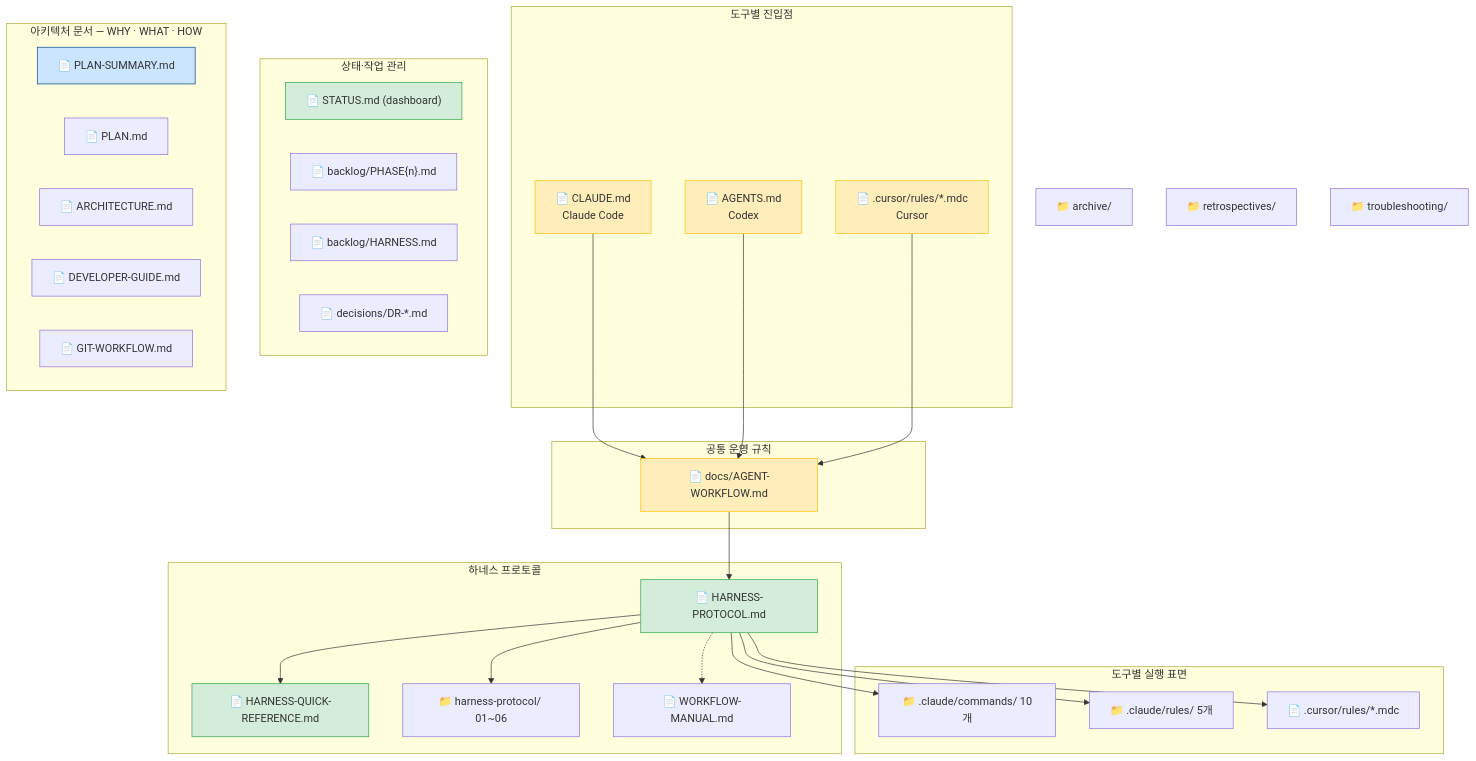
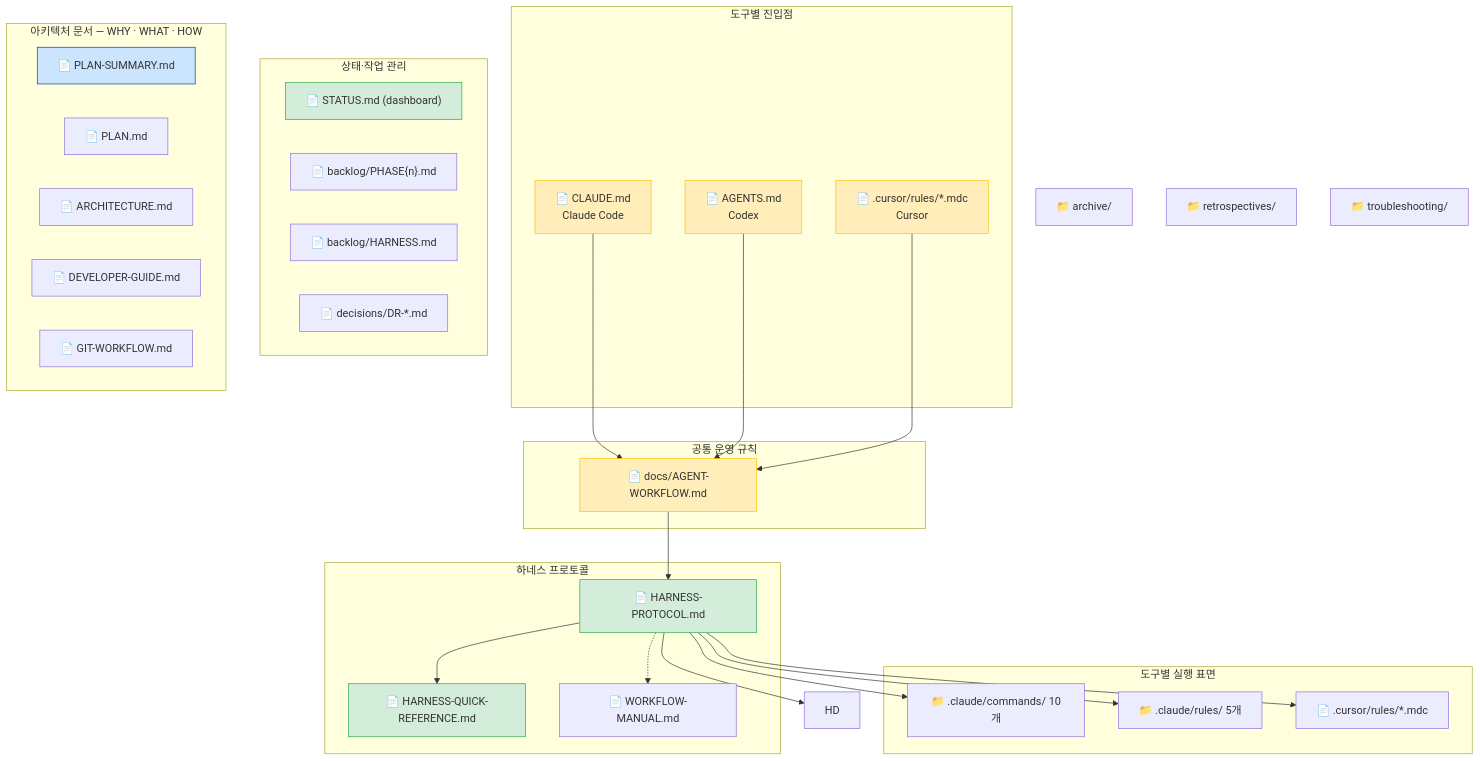
Before and after one commit to kyungseo/ai-workflow-harness: the fifth of 14 diagrams in docs/WORKFLOW-MANUAL.md, drawn with Mermaid. The commit also changed other lines of this file and 32 other files, not shown here.

````diff
--- a/docs/WORKFLOW-MANUAL.md
+++ b/docs/WORKFLOW-MANUAL.md
@@ -204,64 +203,63 @@
 ```mermaid
 graph TD
     subgraph ENTRY ["도구별 진입점"]
         CR["📄 CLAUDE.md\nClaude Code"]
         AG["📄 AGENTS.md\nCodex"]
         CU["📄 .cursor/rules/*.mdc\nCursor"]
     end
 
     subgraph SHARED ["공통 운영 규칙"]
         CD["📄 docs/AGENT-WORKFLOW.md"]
     end
 
     subgraph HARNESS ["하네스 프로토콜"]
         HP["📄 HARNESS-PROTOCOL.md"]
         HQ["📄 HARNESS-QUICK-REFERENCE.md"]
-        HD["📁 harness-protocol/ 01~06"]
         WM["📄 WORKFLOW-MANUAL.md"]
     end
 
     subgraph TOOLS ["도구별 실행 표면"]
         CMD["📁 .claude/commands/ 10개"]
         RULE["📁 .claude/rules/ 5개"]
         CUR_R["📄 .cursor/rules/*.mdc"]
     end
 
     subgraph LIVE ["상태·작업 관리"]
         ST["📄 STATUS.md (dashboard)"]
         BL["📄 backlog/PHASE{n}.md"]
         HB["📄 backlog/HARNESS.md"]
         DR_N["📄 decisions/DR-*.md"]
     end
 
     subgraph ADOCS ["아키텍처 문서 — WHY · WHAT · HOW"]
         PS["📄 PLAN-SUMMARY.md"]
         PL["📄 PLAN.md"]
         AR["📄 ARCHITECTURE.md"]
         DG["📄 DEVELOPER-GUIDE.md"]
         GW["📄 GIT-WORKFLOW.md"]
     end
 
     ARC2["📁 archive/"]
     RETRO2["📁 retrospectives/"]
     TROUBLE2["📁 troubleshooting/"]
 
     CR --> CD
     AG --> CD
     CU --> CD
     CD --> HP
     HP --> HQ
     HP --> HD
     HP --> CMD
     HP --> RULE
     HP --> CUR_R
     HP -.-> WM
 
     style CR fill:#ffeeba,stroke:#ffc107
     style AG fill:#ffeeba,stroke:#ffc107
     style CU fill:#ffeeba,stroke:#ffc107
     style CD fill:#ffeeba,stroke:#ffc107
     style ST fill:#d4edda,stroke:#28a745
     style HP fill:#d4edda,stroke:#28a745
     style HQ fill:#d4edda,stroke:#28a745
     style PS fill:#cce5ff,stroke:#004085
 ```
````
